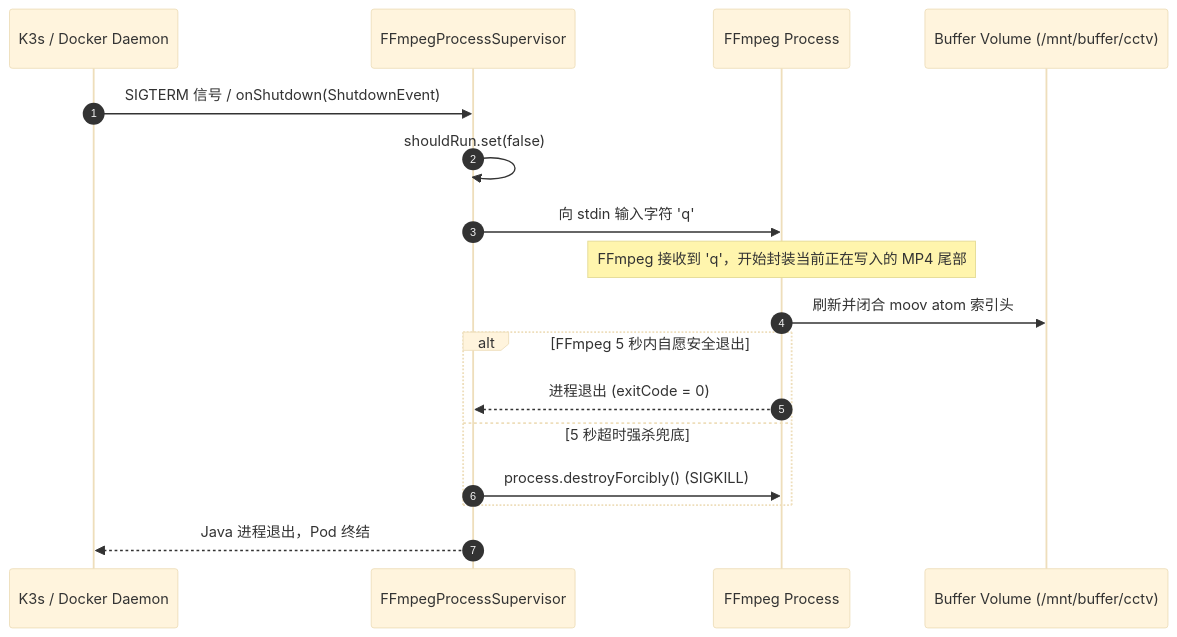
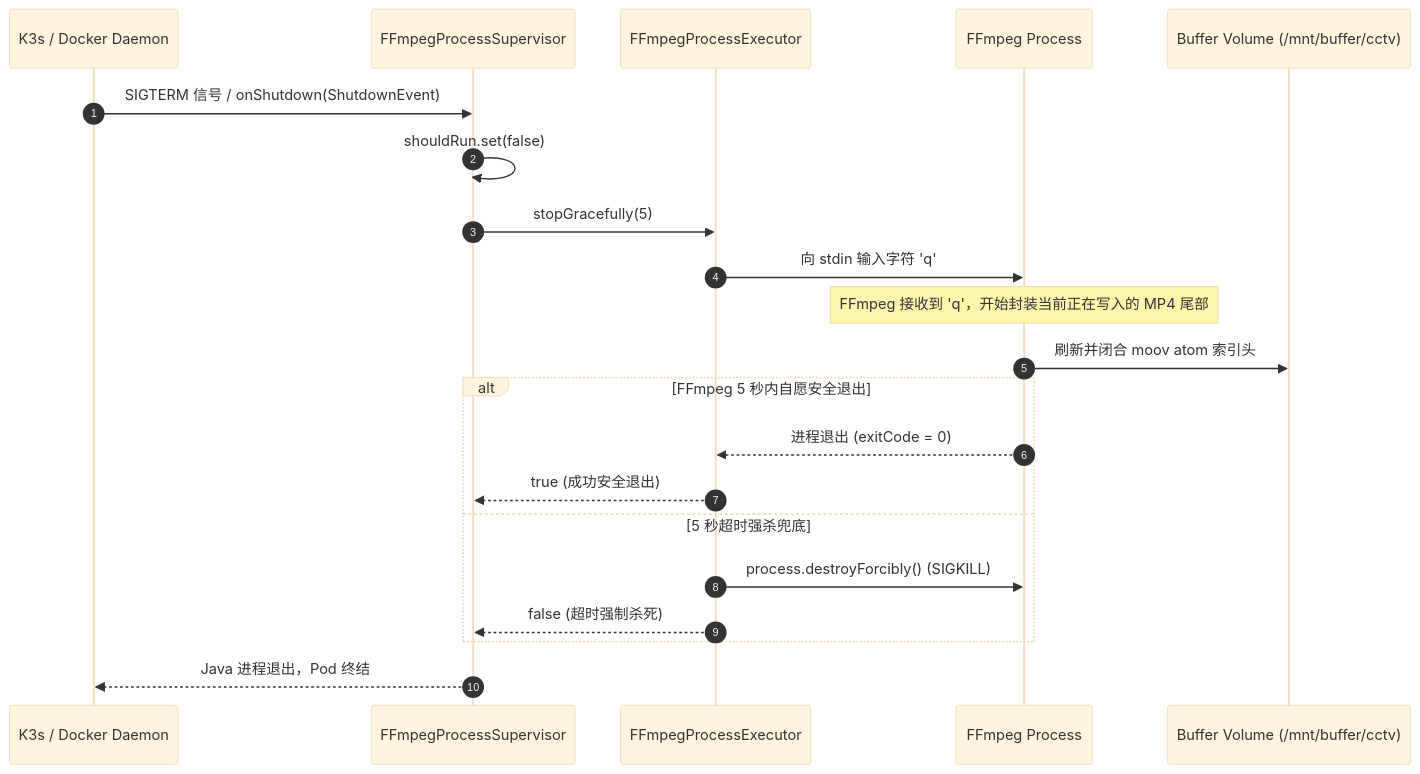
Before and after one commit to nvd11/cctv-collector: the fourth of 5 diagrams in docs/CLASS_DESIGN.md, drawn with Mermaid (base theme). The commit also changed other lines of this file and 6 other files, not shown here.

First line of the commit message:
feat: Implement FFmpegProcessExecutor for managing FFmpeg subprocesses

````diff
--- a/docs/CLASS_DESIGN.md
+++ b/docs/CLASS_DESIGN.md
@@ -289,21 +322,25 @@
 ```mermaid
 sequenceDiagram
     autonumber
     participant K3s as K3s / Docker Daemon
     participant Super as FFmpegProcessSupervisor
+    participant Exec as FFmpegProcessExecutor
     participant Process as FFmpeg Process
     participant FS as Buffer Volume (/mnt/buffer/cctv)
 
     K3s->>Super: SIGTERM 信号 / onShutdown(ShutdownEvent)
     Super->>Super: shouldRun.set(false)
-    Super->>Process: 向 stdin 输入字符 'q'
+    Super->>Exec: stopGracefully(5)
+    Exec->>Process: 向 stdin 输入字符 'q'
     Note over Process: FFmpeg 接收到 'q'，开始封装当前正在写入的 MP4 尾部
     Process->>FS: 刷新并闭合 moov atom 索引头
     
     alt FFmpeg 5 秒内自愿安全退出
-        Process-->>Super: 进程退出 (exitCode = 0)
+        Process-->>Exec: 进程退出 (exitCode = 0)
+        Exec-->>Super: true (成功安全退出)
     else 5 秒超时强杀兜底
-        Super->>Process: process.destroyForcibly() (SIGKILL)
+        Exec->>Process: process.destroyForcibly() (SIGKILL)
+        Exec-->>Super: false (超时强制杀死)
     end
     Super-->>K3s: Java 进程退出，Pod 终结
 ```
````
